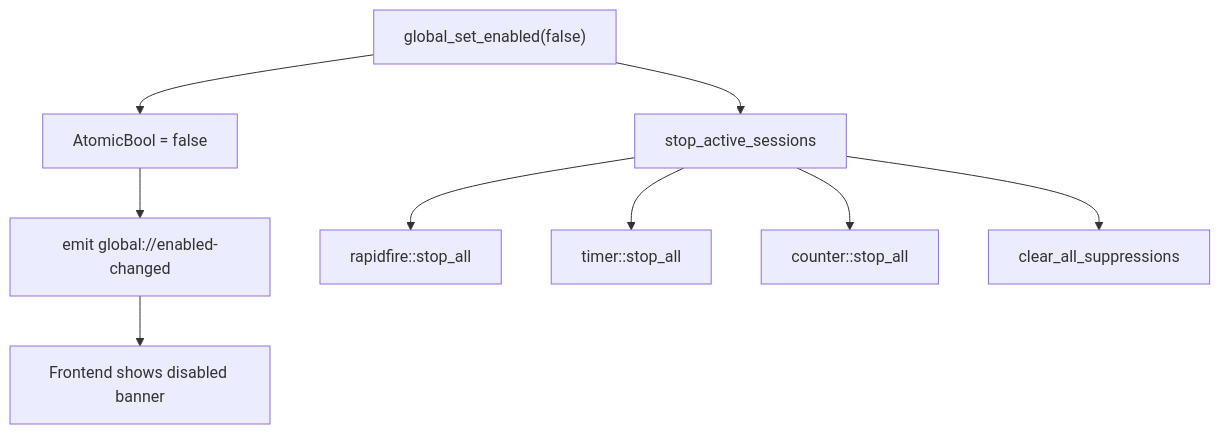
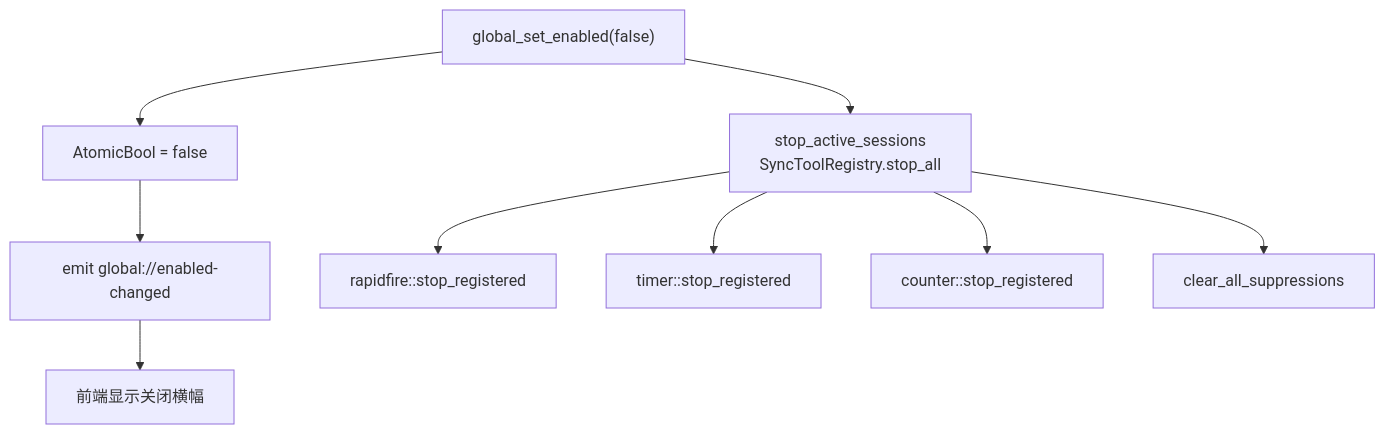
One commit to IZRINO/delta-auto-tools changed the diagram in droid-wiki/systems/global-state.md. Above: the diagram before and after it, drawn with Mermaid. The commit also changed other lines of this file and 36 other files, not shown here.

````diff
--- a/droid-wiki/systems/global-state.md
+++ b/droid-wiki/systems/global-state.md
@@ -7,11 +7,11 @@
 ```mermaid
 graph TD
-    Switch["global_set_enabled(false)"] --> Store["AtomicBool = false"]
+    SwitchOff["global_set_enabled(false)"] --> Store["AtomicBool = false"]
     Store --> Emit["emit global://enabled-changed"]
-    Emit --> Frontend["Frontend shows disabled banner"]
-    Switch --> Stop["stop_active_sessions"]
-    Stop --> RF["rapidfire::stop_all"]
-    Stop --> T["timer::stop_all"]
-    Stop --> C["counter::stop_all"]
+    Emit --> Frontend["前端显示关闭横幅"]
+    SwitchOff --> Stop["stop_active_sessions<br/>SyncToolRegistry.stop_all"]
+    Stop --> RF["rapidfire::stop_registered"]
+    Stop --> T["timer::stop_registered"]
+    Stop --> C["counter::stop_registered"]
     Stop --> Clear["clear_all_suppressions"]
 ```
````
